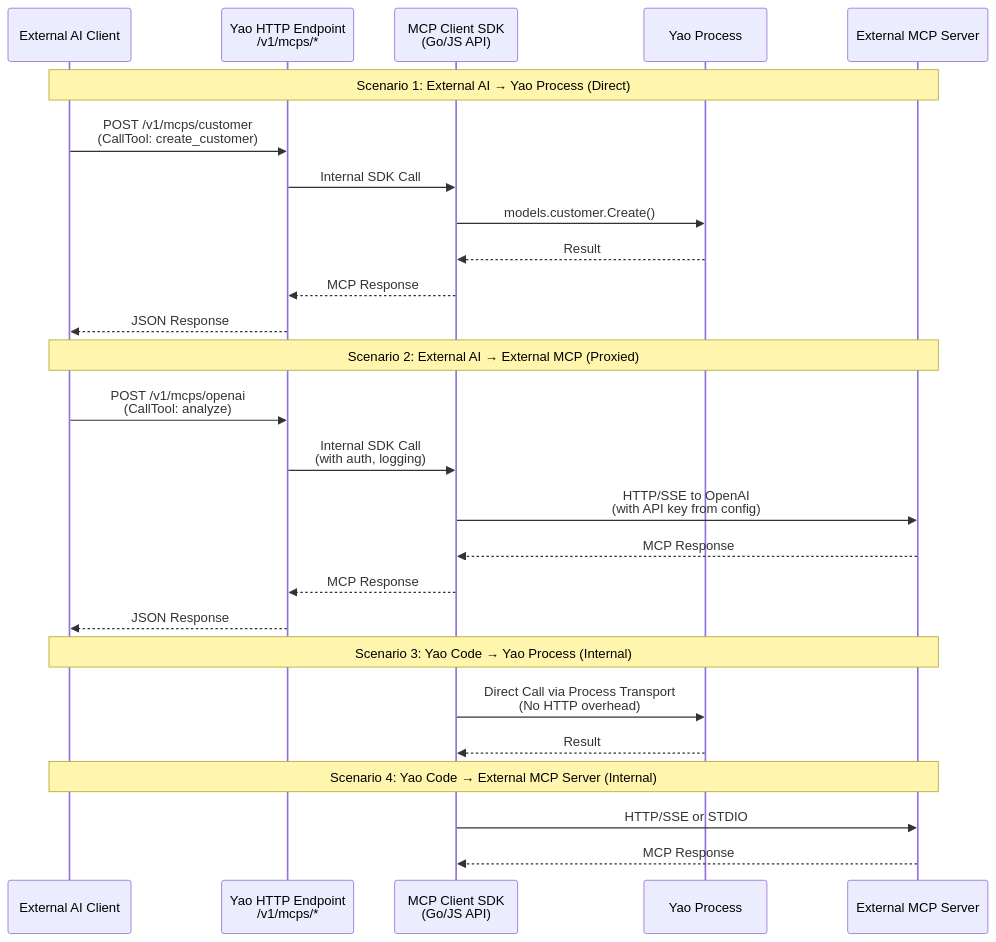
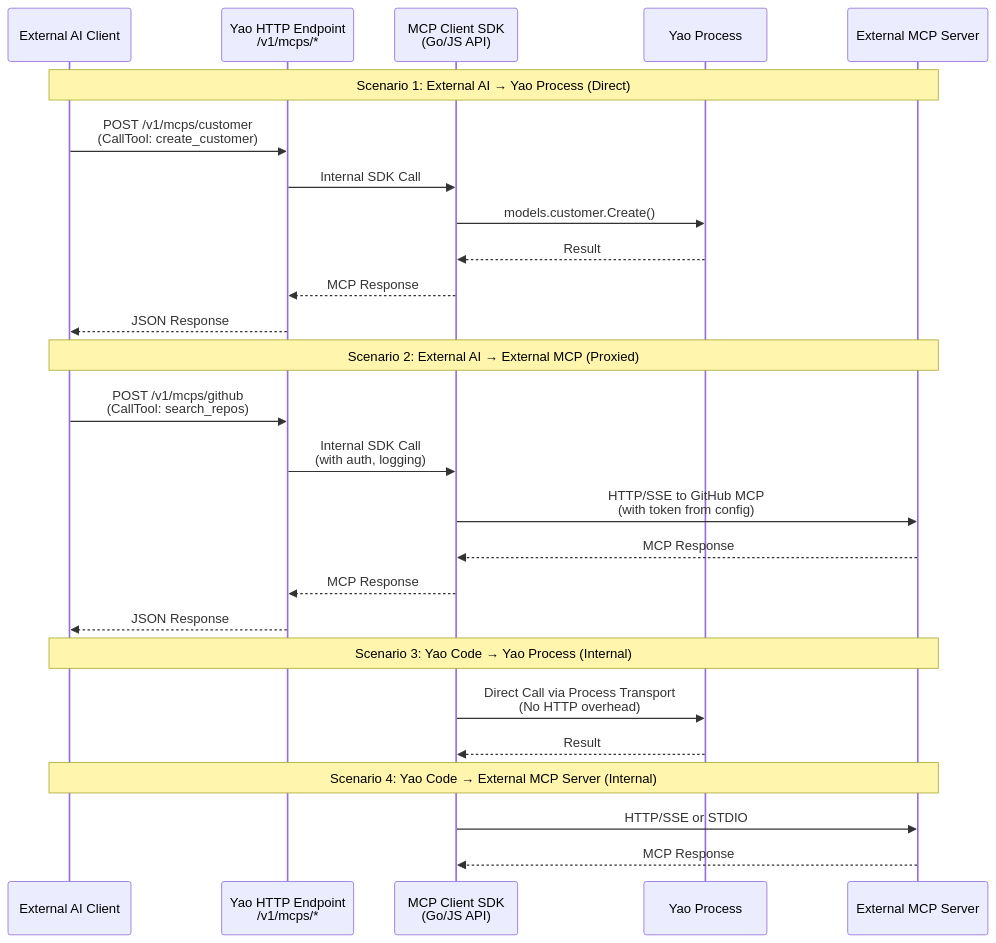
The second of 2 diagrams in mcp/README.md (YaoApp/gou), drawn with Mermaid before and after one commit. The commit also changed other lines of this file, not shown here.

First line of the commit message:
refactor: update README.md to reflect changes in external MCP server references

````diff
--- a/mcp/README.md
+++ b/mcp/README.md
@@ -118,32 +118,32 @@
 ```mermaid
 sequenceDiagram
     participant AI as External AI Client
     participant HTTP as Yao HTTP Endpoint<br/>/v1/mcps/*
     participant SDK as MCP Client SDK<br/>(Go/JS API)
     participant Process as Yao Process
     participant ExtMCP as External MCP Server
 
     Note over AI,ExtMCP: Scenario 1: External AI → Yao Process (Direct)
     AI->>HTTP: POST /v1/mcps/customer<br/>(CallTool: create_customer)
     HTTP->>SDK: Internal SDK Call
     SDK->>Process: models.customer.Create()
     Process-->>SDK: Result
     SDK-->>HTTP: MCP Response
     HTTP-->>AI: JSON Response
 
     Note over AI,ExtMCP: Scenario 2: External AI → External MCP (Proxied)
-    AI->>HTTP: POST /v1/mcps/openai<br/>(CallTool: analyze)
+    AI->>HTTP: POST /v1/mcps/github<br/>(CallTool: search_repos)
     HTTP->>SDK: Internal SDK Call<br/>(with auth, logging)
-    SDK->>ExtMCP: HTTP/SSE to OpenAI<br/>(with API key from config)
+    SDK->>ExtMCP: HTTP/SSE to GitHub MCP<br/>(with token from config)
     ExtMCP-->>SDK: MCP Response
     SDK-->>HTTP: MCP Response
     HTTP-->>AI: JSON Response
 
     Note over AI,ExtMCP: Scenario 3: Yao Code → Yao Process (Internal)
     SDK->>Process: Direct Call via Process Transport<br/>(No HTTP overhead)
     Process-->>SDK: Result
 
     Note over AI,ExtMCP: Scenario 4: Yao Code → External MCP Server (Internal)
     SDK->>ExtMCP: HTTP/SSE or STDIO
     ExtMCP-->>SDK: MCP Response
 ```
````
